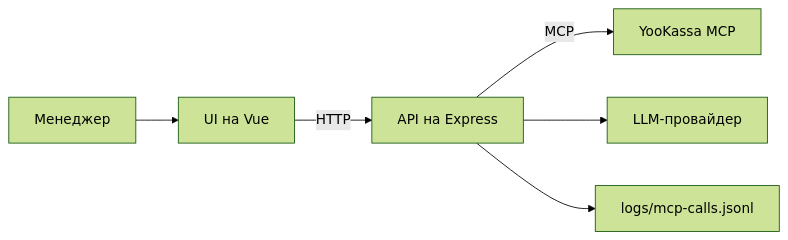
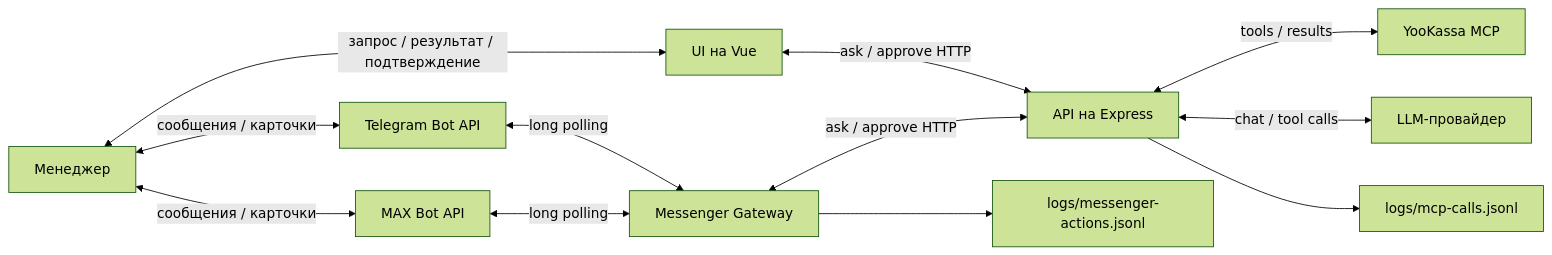
Before and after one commit to alekstar79/ykassa-mcp-integrator: the diagram in README.md, drawn with Mermaid (forest theme). The commit also changed other lines of this file and 10 other files, not shown here.

First line of the commit message:
docs: align architecture and product guidance

````diff
--- a/README.md
+++ b/README.md
@@ -99,8 +102,14 @@
 ```mermaid
 flowchart LR
-    Manager[Менеджер] --> UI[UI на Vue]
-    UI -->|HTTP| API[API на Express]
-    API -->|MCP| YooKassa[YooKassa MCP]
-    API --> LLM[LLM-провайдер]
+    Manager[Менеджер] <-->|запрос / результат / подтверждение| UI[UI на Vue]
+    UI <-->|ask / approve HTTP| API[API на Express]
+    Manager <-->|сообщения / карточки| Telegram[Telegram Bot API]
+    Telegram <-->|long polling| Messenger[Messenger Gateway]
+    Manager <-->|сообщения / карточки| MAX[MAX Bot API]
+    MAX <-->|long polling| Messenger
+    Messenger <-->|ask / approve HTTP| API
+    API <-->|tools / results| YooKassa[YooKassa MCP]
+    API <-->|chat / tool calls| LLM[LLM-провайдер]
     API --> Audit["logs/mcp-calls.jsonl"]
+    Messenger --> MessengerAudit["logs/messenger-actions.jsonl"]
 ```
````
